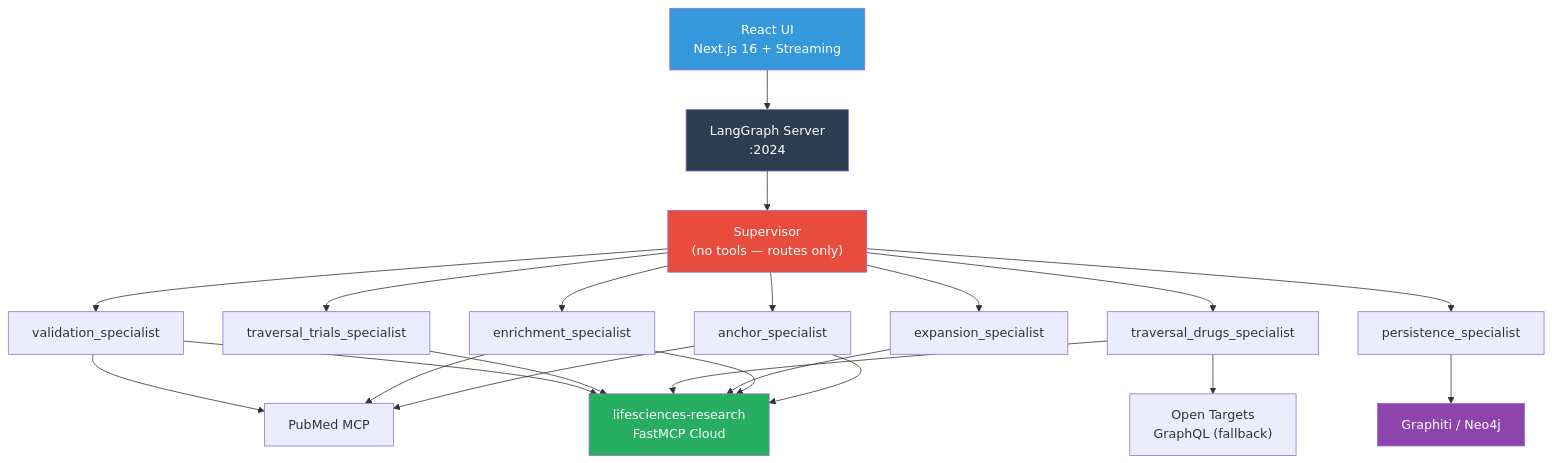
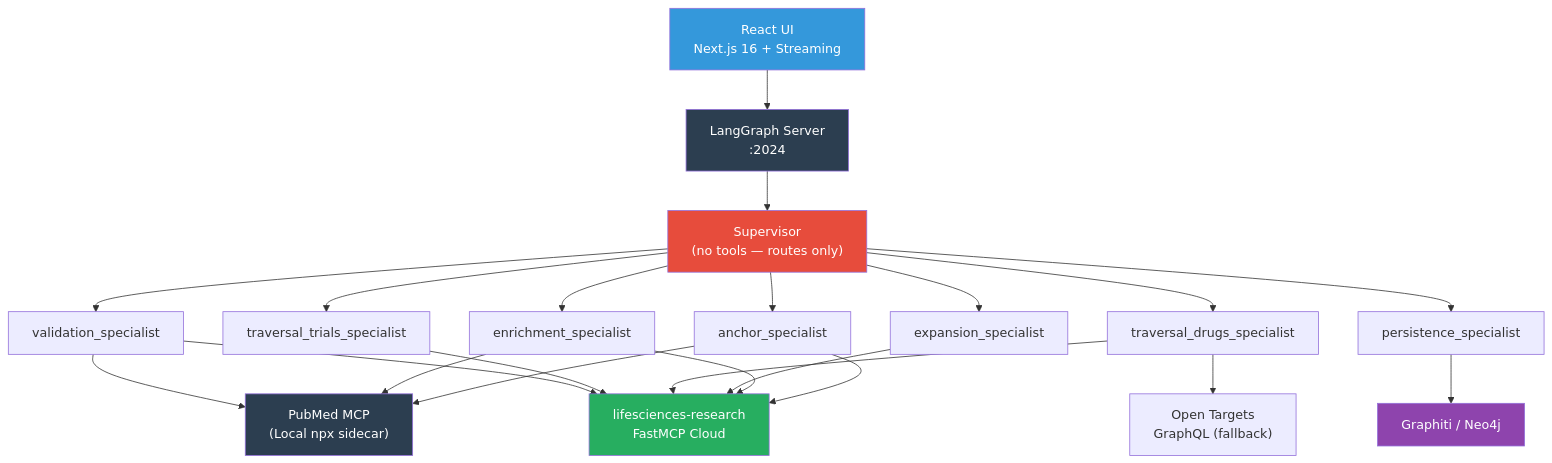
Before and after one commit to donbr/lifesciences-deepagents: the second of 2 diagrams in README.md, drawn with Mermaid. The commit also changed other lines of this file and 9 other files, not shown here.

````diff
--- a/README.md
+++ b/README.md
@@ -57,36 +57,37 @@
 ```mermaid
-graph TB
+graph TD
     UI["React UI<br/>Next.js 16 + Streaming"]
     LG["LangGraph Server<br/>:2024"]
     SUP["Supervisor<br/>(no tools — routes only)"]
+    PM["PubMed MCP<br/>(Local npx sidecar)"]
 
     A1["anchor_specialist"]
     A2["enrichment_specialist"]
     A3["expansion_specialist"]
     A4["traversal_drugs_specialist"]
     A5["traversal_trials_specialist"]
     A6["validation_specialist"]
     A7["persistence_specialist"]
 
     MCP["lifesciences-research<br/>FastMCP Cloud"]
-    PM["PubMed MCP"]
     OT["Open Targets<br/>GraphQL (fallback)"]
     GR["Graphiti / Neo4j"]
 
     UI --> LG
     LG --> SUP
     SUP --> A1 & A2 & A3 & A4 & A5 & A6 & A7
 
     A1 & A2 & A3 --> MCP
     A1 & A2 & A6 --> PM
     A4 & A5 --> MCP
     A4 --> OT
     A6 --> MCP
     A7 --> GR
 
     style UI fill:#3498DB,color:#fff
     style LG fill:#2C3E50,color:#fff
+    style PM fill:#2C3E50,color:#fff
     style SUP fill:#E74C3C,color:#fff
     style MCP fill:#27AE60,color:#fff
     style GR fill:#8E44AD,color:#fff
 ```
````
